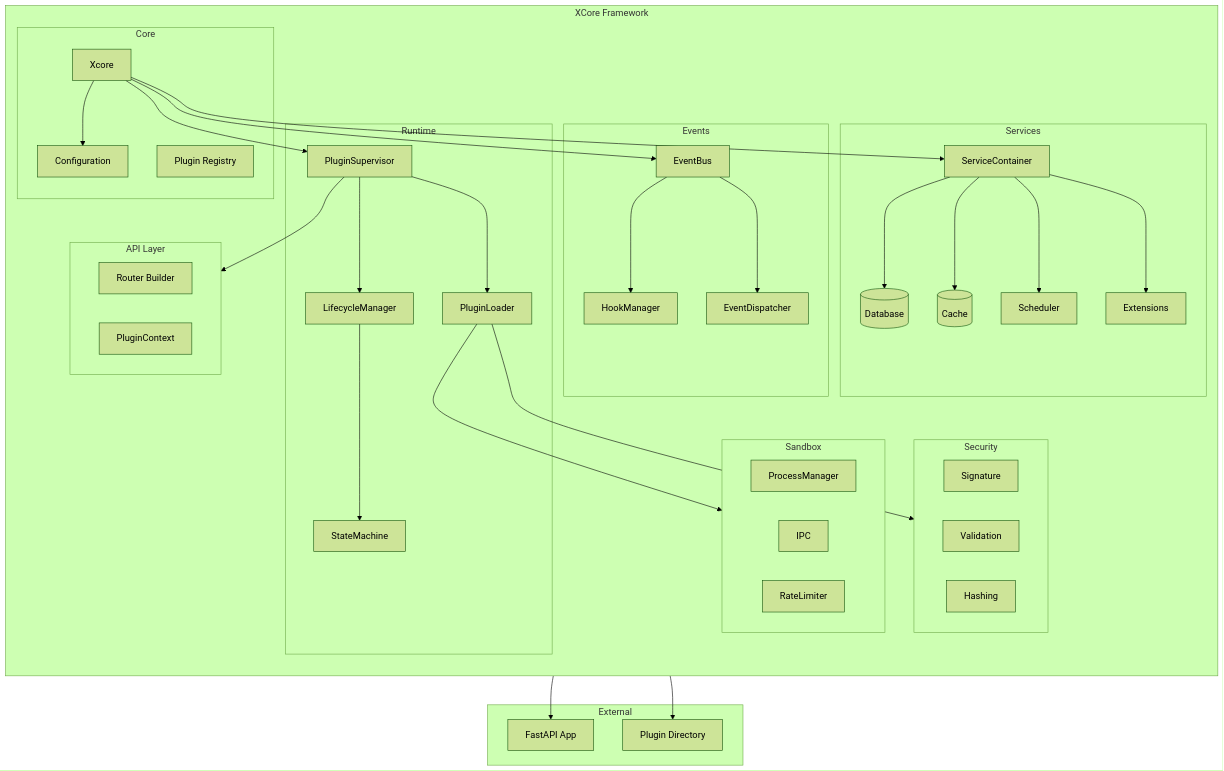
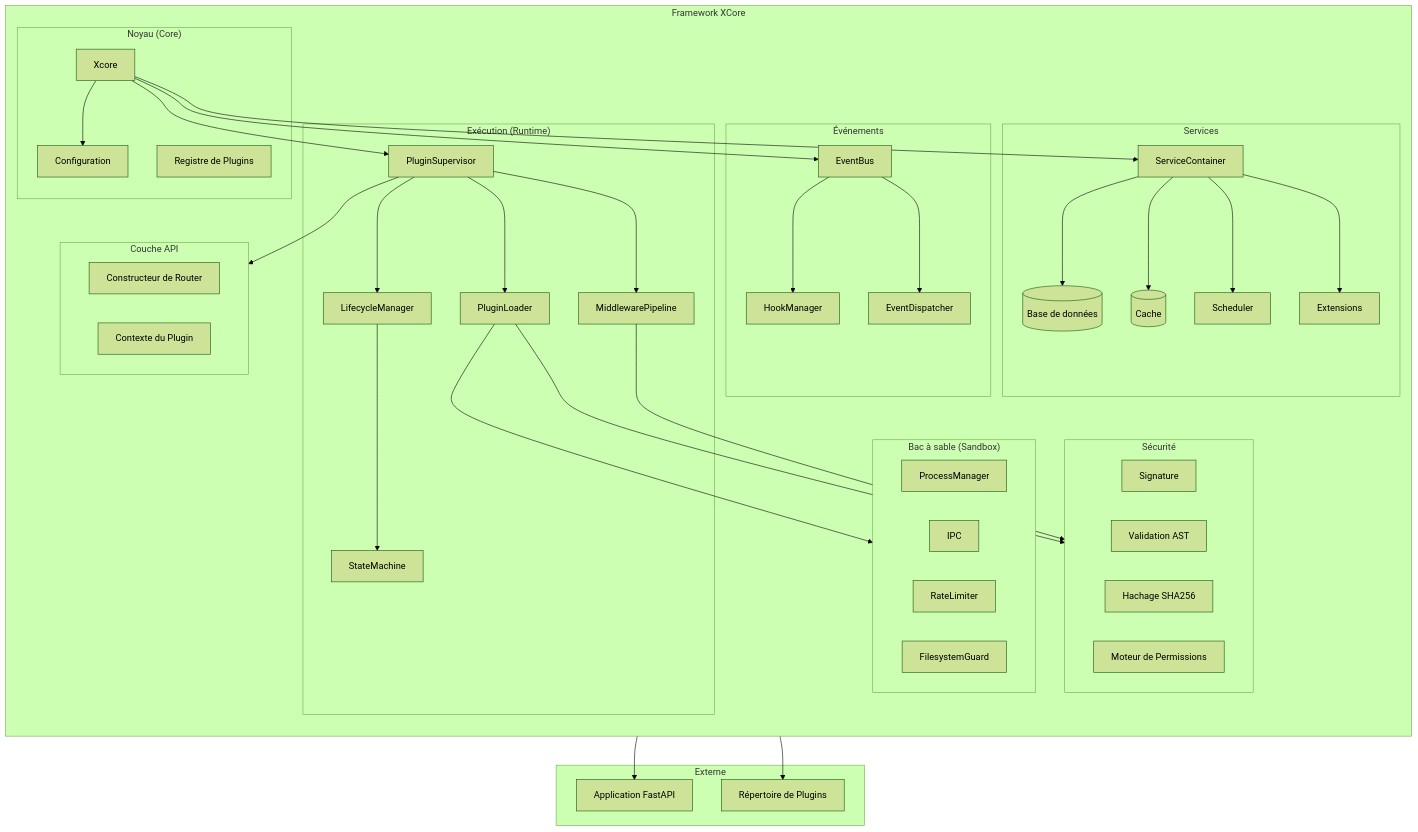
One commit to traoreera/xcore changed the first of 5 diagrams in doc/architecture/overview.md. Above: the diagram before and after it, drawn with Mermaid (forest theme). The commit also changed other lines of this file and 15 other files, not shown here.

````diff
--- a/doc/architecture/overview.md
+++ b/doc/architecture/overview.md
@@ -17,28 +17,30 @@
 ```mermaid
 flowchart TB
-    subgraph XCore["XCore Framework"]
+    subgraph XCore["Framework XCore"]
         direction TB
 
-        subgraph Core["Core"]
+        subgraph Core["Noyau (Core)"]
             X[Xcore]
             Config[Configuration]
-            Registry[Plugin Registry]
+            Registry[Registre de Plugins]
         end
 
-        subgraph Runtime["Runtime"]
+        subgraph Runtime["Exécution (Runtime)"]
             PS[PluginSupervisor]
             PL[PluginLoader]
             LM[LifecycleManager]
             SM[StateMachine]
+            MP[MiddlewarePipeline]
         end
 
-        subgraph Sandbox["Sandbox"]
+        subgraph Sandbox["Bac à sable (Sandbox)"]
             PM[ProcessManager]
             IPC[IPC]
             Limits[RateLimiter]
+            Guard[FilesystemGuard]
         end
 
-        subgraph Events["Events"]
+        subgraph Events["Événements"]
             EB[EventBus]
             HM[HookManager]
             ED[EventDispatcher]
@@ -46,27 +48,28 @@
 
         subgraph Services["Services"]
             SC[ServiceContainer]
-            DB[(Database)]
+            DB[(Base de données)]
             Cache[(Cache)]
             Sched[Scheduler]
             Ext[Extensions]
         end
 
-        subgraph Security["Security"]
+        subgraph Security["Sécurité"]
             Sig[Signature]
-            Val[Validation]
-            Hash[Hashing]
+            Val[Validation AST]
+            Hash[Hachage SHA256]
+            Perm[Moteur de Permissions]
         end
 
-        subgraph API["API Layer"]
-            Router[Router Builder]
-            Context[PluginContext]
+        subgraph API["Couche API"]
+            Router[Constructeur de Router]
+            Context[Contexte du Plugin]
         end
     end
 
-    subgraph External["External"]
-        FastAPI[FastAPI App]
-        Plugins[Plugin Directory]
+    subgraph External["Externe"]
+        FastAPI[Application FastAPI]
+        Plugins[Répertoire de Plugins]
     end
 
     X --> Config
@@ -76,6 +79,7 @@
 
     PS --> PL
     PS --> LM
+    PS --> MP
     PL --> Sandbox
     LM --> SM
 
@@ -88,6 +92,7 @@
     SC --> Ext
 
     PL --> Security
+    MP --> Security
 
     PS --> API
     API --> FastAPI
````
